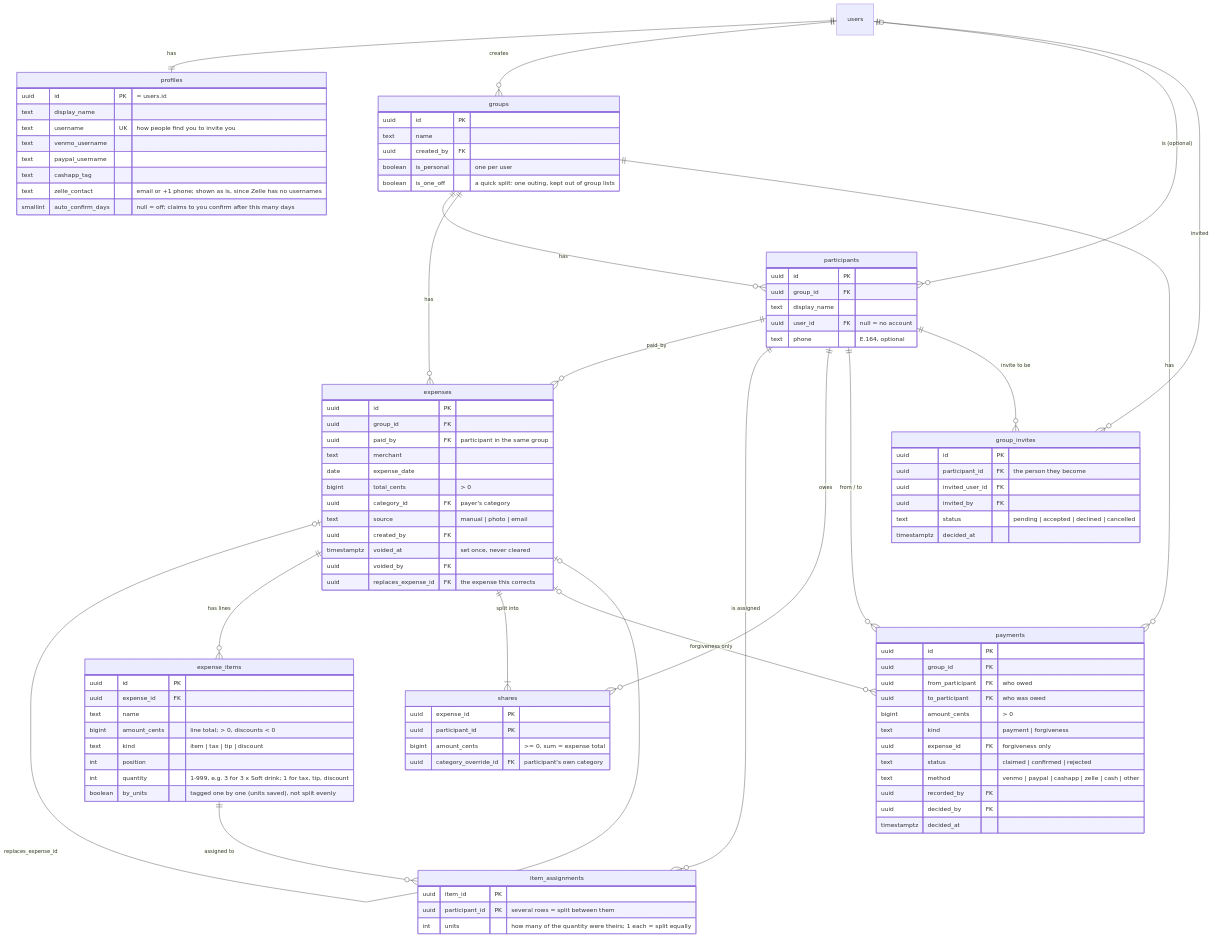
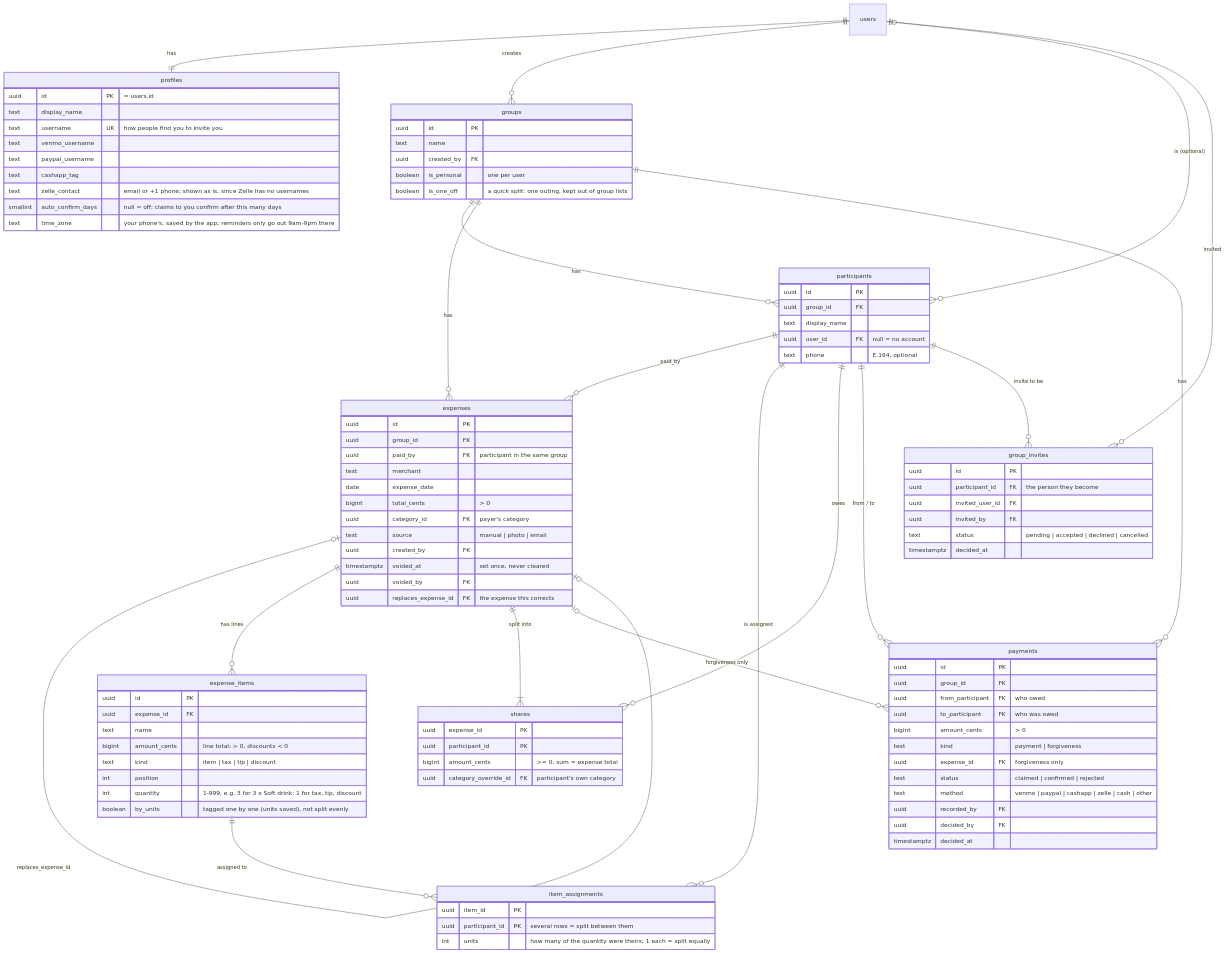
One commit to liyou2001/spendly changed the first of 4 diagrams in DATA_MODEL.md. Above: the diagram before and after it, drawn with Mermaid. The commit also changed other lines of this file and 33 other files, not shown here.

```diff
--- a/DATA_MODEL.md
+++ b/DATA_MODEL.md
@@ -39,6 +39,7 @@
         text cashapp_tag
         text zelle_contact "email or +1 phone; shown as is, since Zelle has no usernames"
         smallint auto_confirm_days "null = off; claims to you confirm after this many days"
+        text time_zone "your phone's, saved by the app; reminders only go out 9am-9pm there"
     }
     groups {
         uuid id PK
```
